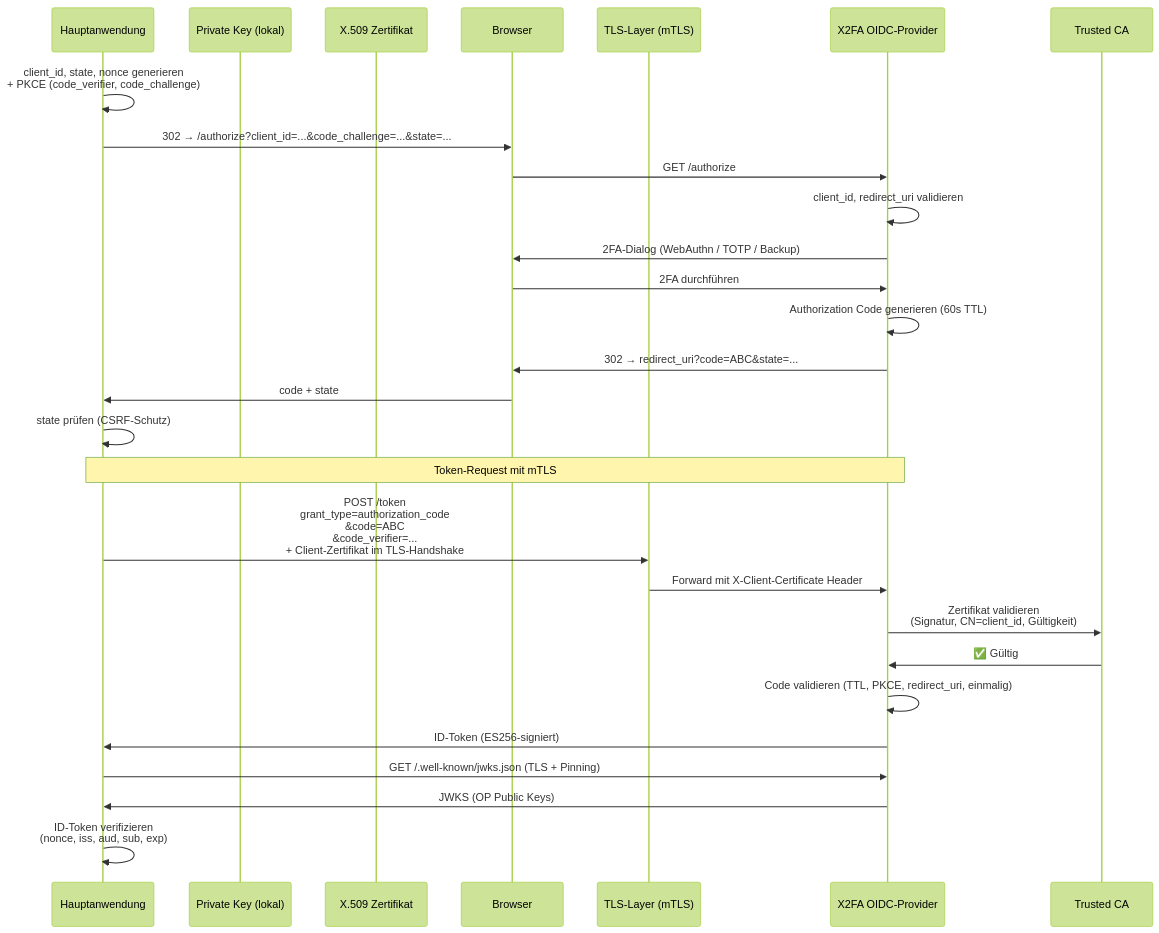
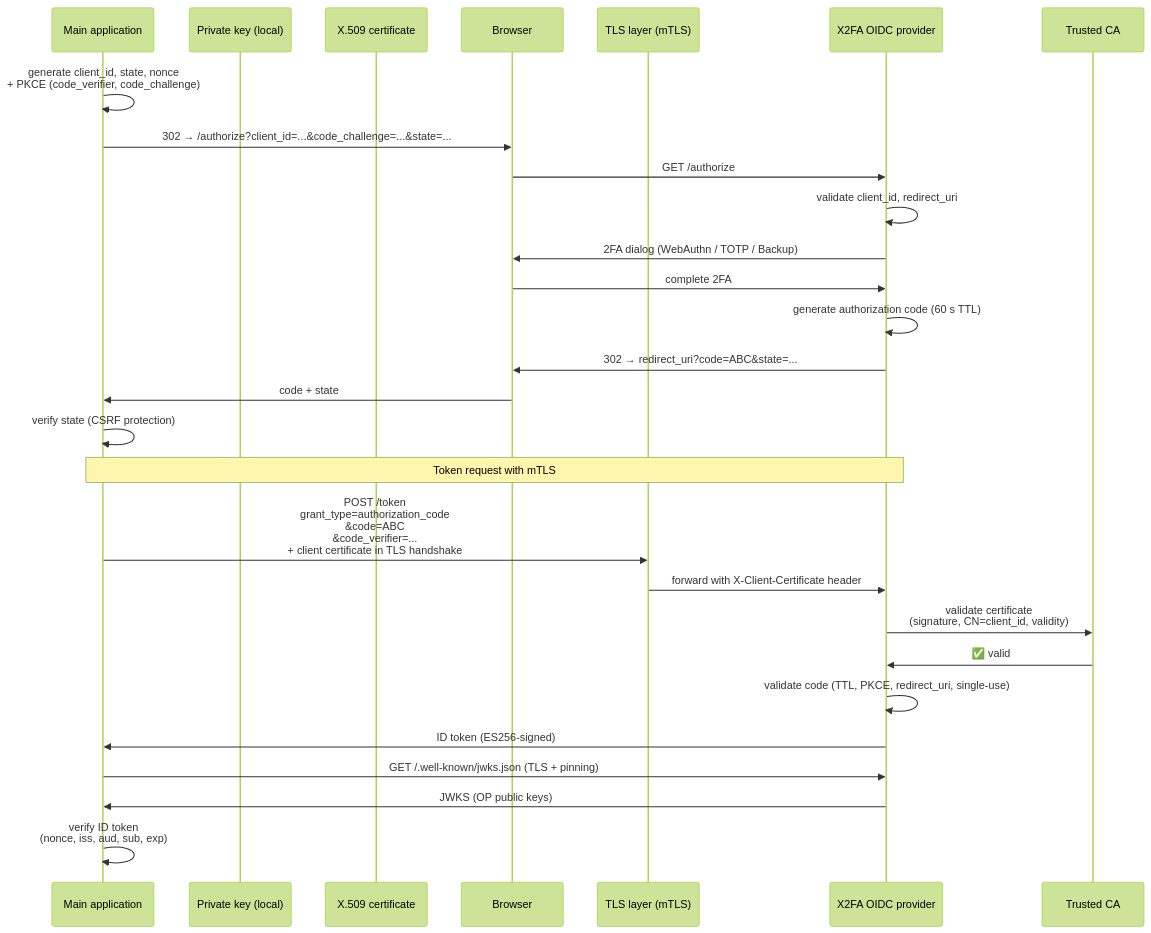
Before and after one commit to Inqbus/x2fa: the second of 7 diagrams in docs/x2fa_architecture_concept.md, drawn with Mermaid (forest theme). The commit also changed other lines of this file and 5 other files, not shown here.

````diff
--- a/docs/x2fa_architecture_concept.md
+++ b/docs/x2fa_architecture_concept.md
@@ -684,34 +636,34 @@
 ```mermaid
 sequenceDiagram
-    participant App as Hauptanwendung
-    participant Key as Private Key (lokal)
-    participant Cert as X.509 Zertifikat
+    participant App as Main application
+    participant Key as Private key (local)
+    participant Cert as X.509 certificate
     participant Browser as Browser
-    participant TLS as TLS-Layer (mTLS)
-    participant X2FA as X2FA OIDC-Provider
+    participant TLS as TLS layer (mTLS)
+    participant X2FA as X2FA OIDC provider
     participant CA as Trusted CA
 
-    App->>App: client_id, state, nonce generieren<br/>+ PKCE (code_verifier, code_challenge)
+    App->>App: generate client_id, state, nonce<br/>+ PKCE (code_verifier, code_challenge)
     App->>Browser: 302 → /authorize?client_id=...&code_challenge=...&state=...
     Browser->>X2FA: GET /authorize
-    X2FA->>X2FA: client_id, redirect_uri validieren
-    X2FA->>Browser: 2FA-Dialog (WebAuthn / TOTP / Backup)
-    Browser->>X2FA: 2FA durchführen
-    X2FA->>X2FA: Authorization Code generieren (60s TTL)
+    X2FA->>X2FA: validate client_id, redirect_uri
+    X2FA->>Browser: 2FA dialog (WebAuthn / TOTP / Backup)
+    Browser->>X2FA: complete 2FA
+    X2FA->>X2FA: generate authorization code (60 s TTL)
     X2FA->>Browser: 302 → redirect_uri?code=ABC&state=...
     Browser->>App: code + state
-    App->>App: state prüfen (CSRF-Schutz)
+    App->>App: verify state (CSRF protection)
     
-    Note over App,X2FA: Token-Request mit mTLS
+    Note over App,X2FA: Token request with mTLS
     
-    App->>TLS: POST /token<br/>grant_type=authorization_code<br/>&code=ABC<br/>&code_verifier=...<br/>+ Client-Zertifikat im TLS-Handshake
-    TLS->>X2FA: Forward mit X-Client-Certificate Header
-    X2FA->>CA: Zertifikat validieren<br/>(Signatur, CN=client_id, Gültigkeit)
-    CA->>X2FA: ✅ Gültig
-    X2FA->>X2FA: Code validieren (TTL, PKCE, redirect_uri, einmalig)
-    X2FA->>App: ID-Token (ES256-signiert)
+    App->>TLS: POST /token<br/>grant_type=authorization_code<br/>&code=ABC<br/>&code_verifier=...<br/>+ client certificate in TLS handshake
+    TLS->>X2FA: forward with X-Client-Certificate header
+    X2FA->>CA: validate certificate<br/>(signature, CN=client_id, validity)
+    CA->>X2FA: ✅ valid
+    X2FA->>X2FA: validate code (TTL, PKCE, redirect_uri, single-use)
+    X2FA->>App: ID token (ES256-signed)
     
-    App->>X2FA: GET /.well-known/jwks.json (TLS + Pinning)
-    X2FA->>App: JWKS (OP Public Keys)
-    App->>App: ID-Token verifizieren<br/>(nonce, iss, aud, sub, exp)
+    App->>X2FA: GET /.well-known/jwks.json (TLS + pinning)
+    X2FA->>App: JWKS (OP public keys)
+    App->>App: verify ID token<br/>(nonce, iss, aud, sub, exp)
 ```
````
